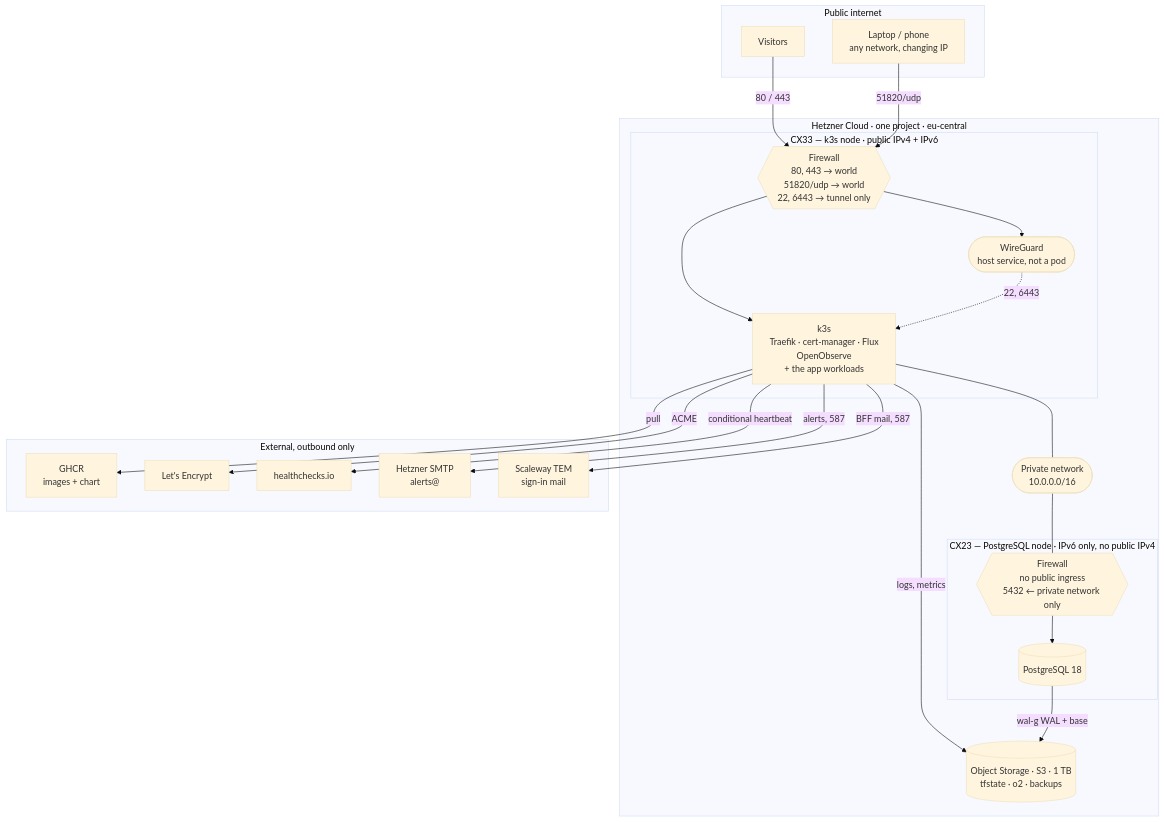
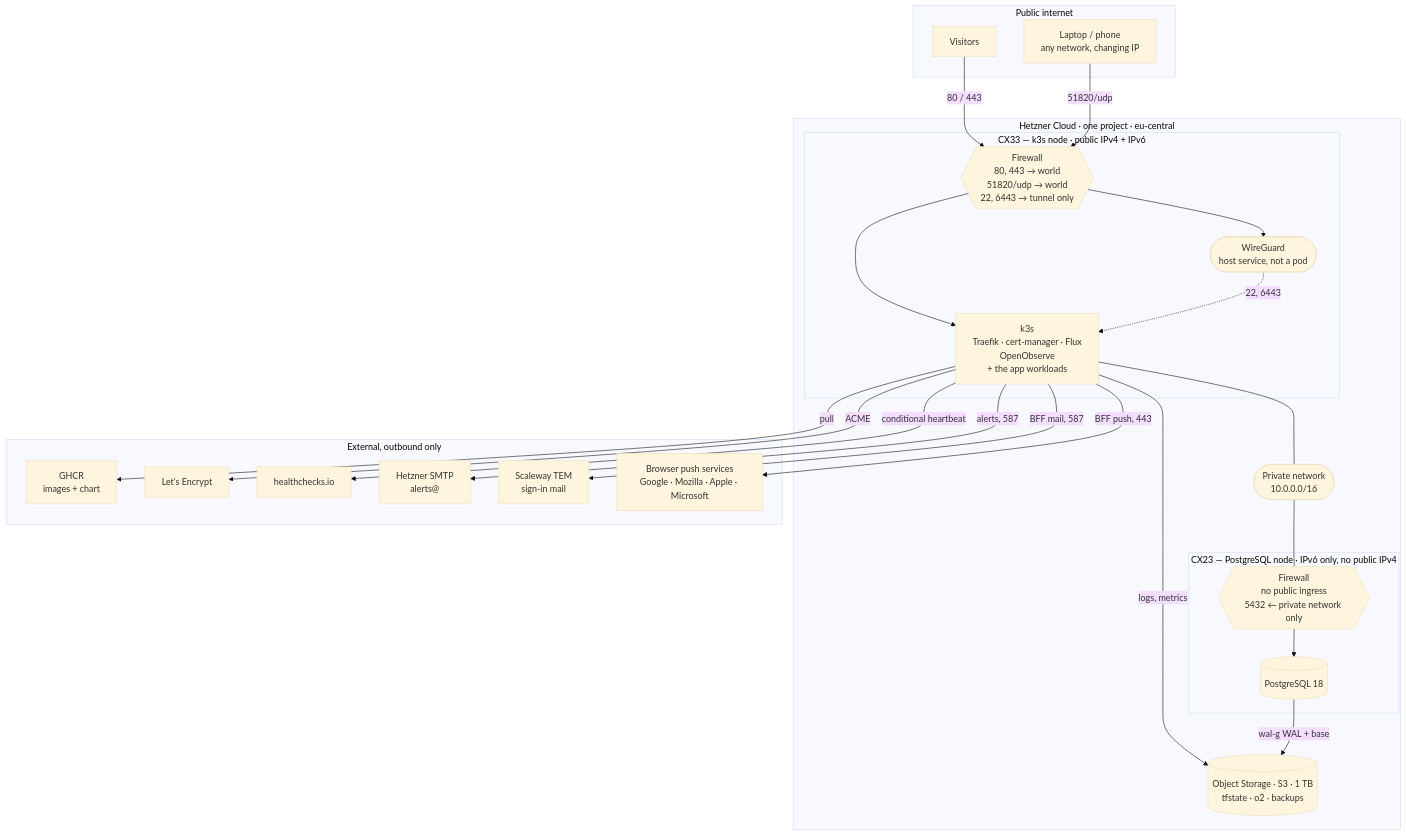
The first of 4 diagrams in docs/ops/PLATFORM_SETUP.md (enorm-labs/event-junkie), drawn with Mermaid (base theme) before and after one commit. The commit also changed 4 other files, not shown here.

````diff
--- a/docs/ops/PLATFORM_SETUP.md
+++ b/docs/ops/PLATFORM_SETUP.md
@@ -43,45 +43,47 @@
 ```mermaid
 flowchart TB
     subgraph net["Public internet"]
         vis["Visitors"]
         dev["Laptop / phone<br/>any network, changing IP"]
     end
 
     subgraph hz["Hetzner Cloud · one project · eu-central"]
         subgraph n1["CX33 — k3s node · public IPv4 + IPv6"]
             f1{{"Firewall<br/>80, 443 → world<br/>51820/udp → world<br/>22, 6443 → tunnel only"}}
             wg(["WireGuard<br/>host service, not a pod"])
             k3s["k3s<br/>Traefik · cert-manager · Flux<br/>OpenObserve<br/>+ the app workloads"]
         end
         subgraph n2["CX23 — PostgreSQL node · IPv6 only, no public IPv4"]
             f2{{"Firewall<br/>no public ingress<br/>5432 ← private network only"}}
             pg[("PostgreSQL 18")]
         end
         pn(["Private network<br/>10.0.0.0/16"])
         os[("Object Storage · S3 · 1 TB<br/>tfstate · o2 · backups")]
     end
 
     subgraph ext["External, outbound only"]
         ghcr["GHCR<br/>images + chart"]
         le["Let's Encrypt"]
         hc["healthchecks.io"]
         sm["Hetzner SMTP<br/>alerts@"]
         tem["Scaleway TEM<br/>sign-in mail"]
+        wp["Browser push services<br/>Google · Mozilla · Apple · Microsoft"]
     end
 
     vis -->|"80 / 443"| f1
     dev -->|"51820/udp"| f1
     f1 --> wg
     f1 --> k3s
     wg -.->|"22, 6443"| k3s
     k3s --- pn
     pn --- f2
     f2 --> pg
     k3s -->|"logs, metrics"| os
     pg -->|"wal-g WAL + base"| os
     k3s -->|"pull"| ghcr
     k3s -->|"ACME"| le
     k3s -->|"conditional heartbeat"| hc
     k3s -->|"alerts, 587"| sm
     k3s -->|"BFF mail, 587"| tem
+    k3s -->|"BFF push, 443"| wp
 ```
````
